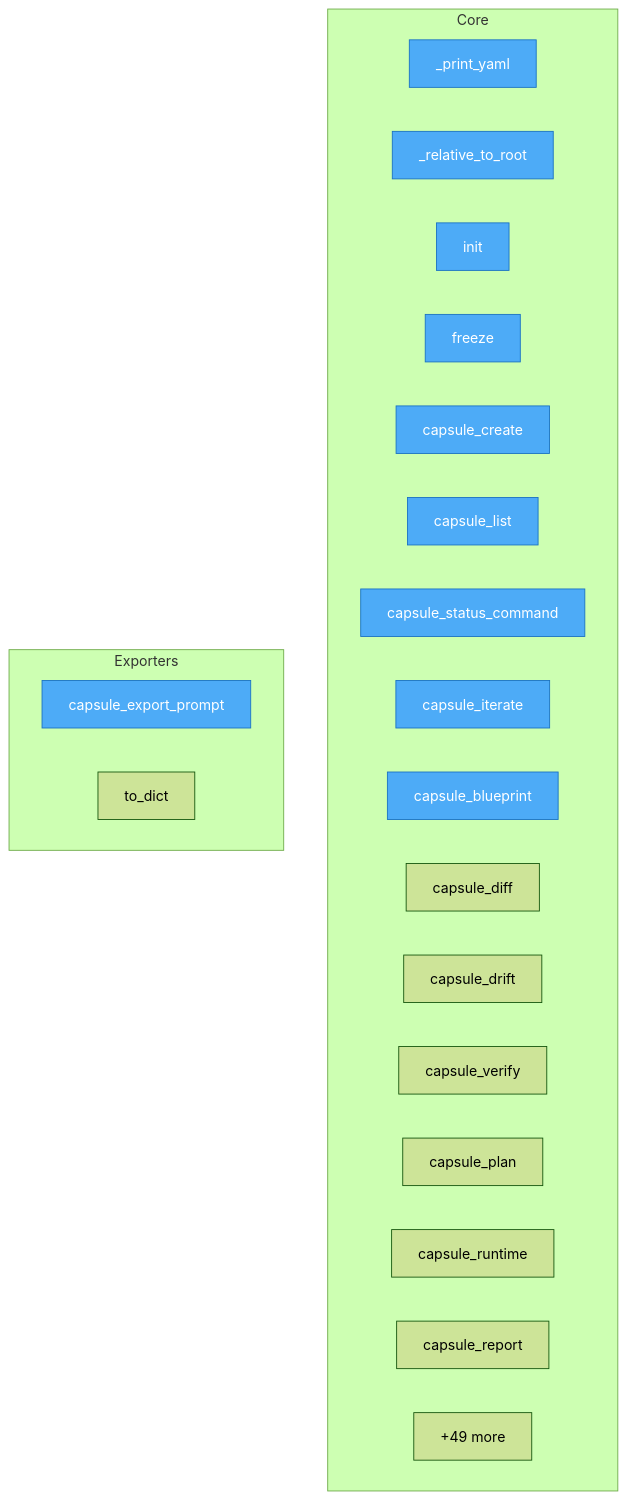
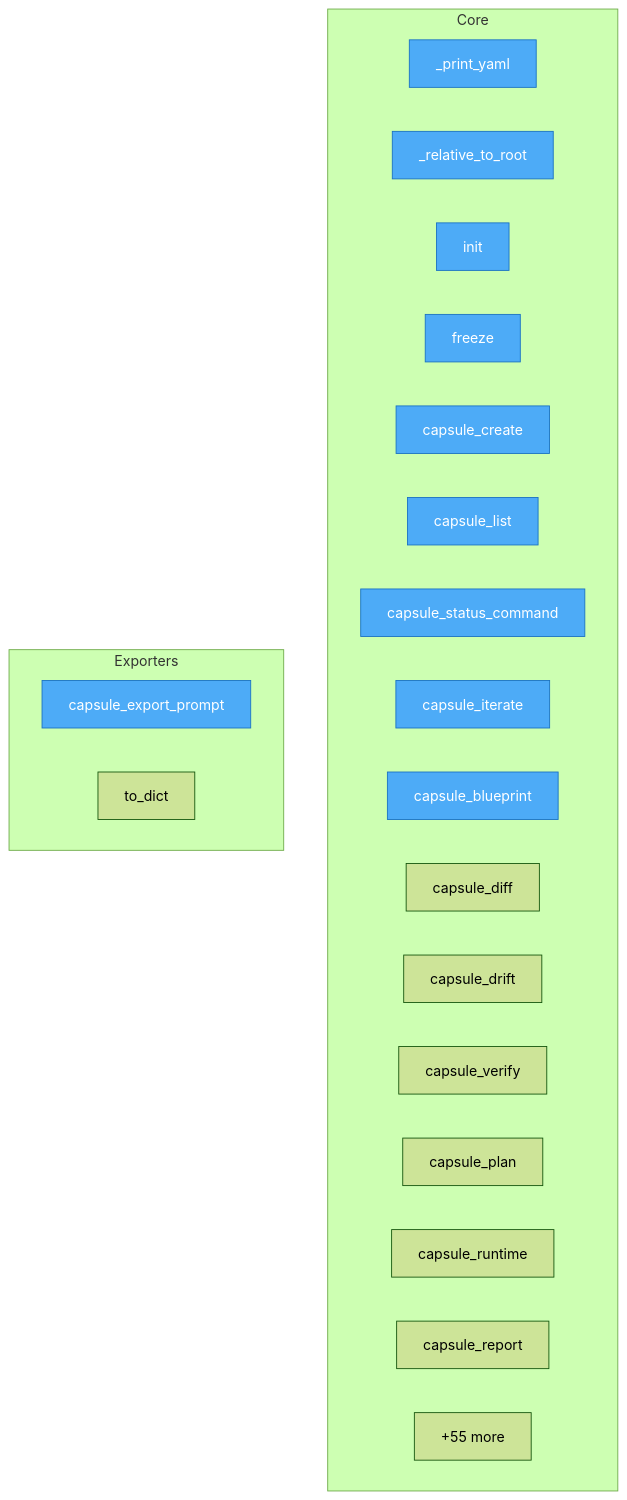
One commit to autogrammar/nexu changed the diagram in project/flow.mmd. Above: the diagram before and after it, drawn with Mermaid (forest theme). The commit also changed 70 other files, not shown here.

```diff
--- a/project/flow.mmd
+++ b/project/flow.mmd
@@ -1,31 +1,31 @@
 flowchart TD
 %% generated in 0.01s
 
     %% Entry points (blue)
     classDef entry fill:#4dabf7,stroke:#1971c2,color:#fff
 
     subgraph Core
         src__nexu__cli___print_yaml["_print_yaml"]
         src__nexu__cli___relative_to_root["_relative_to_root"]
         src__nexu__cli__init["init"]
         src__nexu__cli__freeze["freeze"]
         src__nexu__cli__capsule_create["capsule_create"]
         src__nexu__cli__capsule_list["capsule_list"]
         src__nexu__cli__capsule_status_command["capsule_status_command"]
         src__nexu__cli__capsule_iterate["capsule_iterate"]
         src__nexu__cli__capsule_blueprint["capsule_blueprint"]
         src__nexu__cli__capsule_diff["capsule_diff"]
         src__nexu__cli__capsule_drift["capsule_drift"]
         src__nexu__cli__capsule_verify["capsule_verify"]
         src__nexu__cli__capsule_plan["capsule_plan"]
         src__nexu__cli__capsule_runtime["capsule_runtime"]
         src__nexu__cli__capsule_report["capsule_report"]
-        ...["+49 more"]
+        ...["+55 more"]
     end
 
     subgraph Exporters
         src__nexu__cli__capsule_export_prompt["capsule_export_prompt"]
         src__vico__models__PromptExport__to_dict["to_dict"]
     end
 
     class src__nexu__cli___print_yaml,src__nexu__cli___relative_to_root,src__nexu__cli__init,src__nexu__cli__freeze,src__nexu__cli__capsule_create,src__nexu__cli__capsule_list,src__nexu__cli__capsule_status_command,src__nexu__cli__capsule_iterate,src__nexu__cli__capsule_blueprint,src__nexu__cli__capsule_export_prompt entry
```
